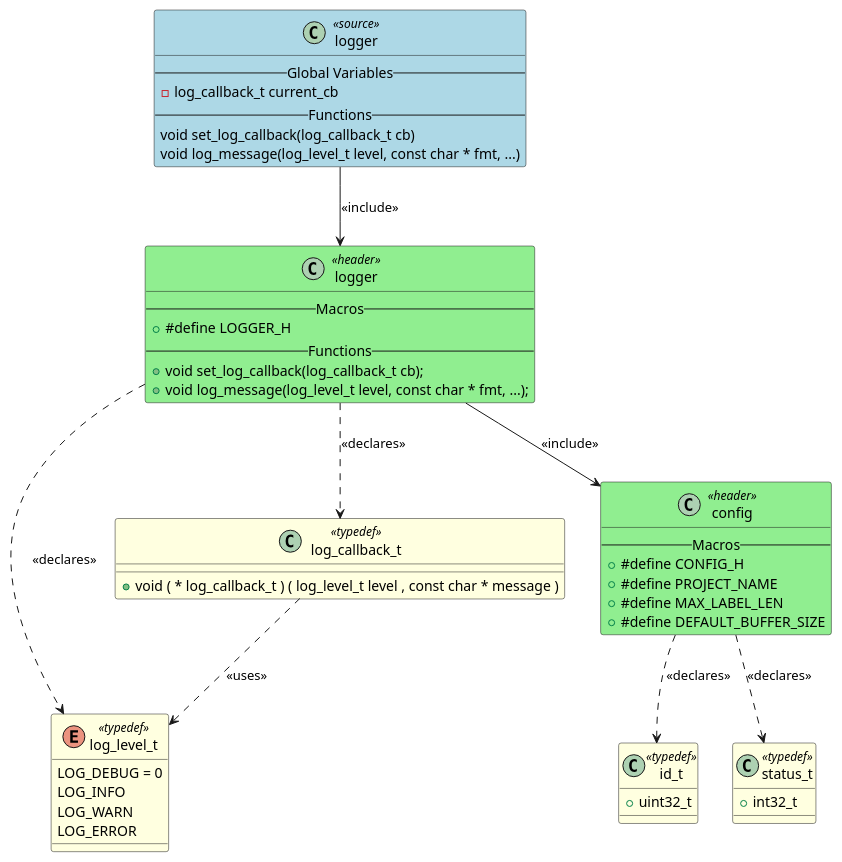
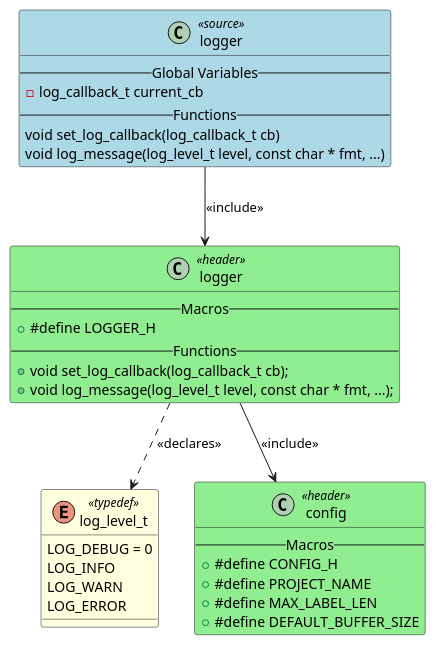
The diagram in output/logger.puml (fischerjooo/c2puml), drawn with PlantUML before and after one commit. The commit also changed 9 other files, not shown here.

```diff
--- a/output/logger.puml
+++ b/output/logger.puml
@@ -1,59 +1,40 @@
 @startuml logger
 
 class "logger" as LOGGER <<source>> #LightBlue
 {
 -- Global Variables --
 - log_callback_t current_cb
 -- Functions --
 void set_log_callback(log_callback_t cb)
 void log_message(log_level_t level, const char * fmt, ...)
 }
 
 enum "log_level_t" as TYPEDEF_LOG_LEVEL_T <<typedef>> #LightYellow
 {
 LOG_DEBUG = 0
 LOG_INFO
 LOG_WARN
 LOG_ERROR
-}
-
-class "log_callback_t" as TYPEDEF_LOG_CALLBACK_T <<typedef>> #LightYellow
-{
-+ void ( * log_callback_t ) ( log_level_t level , const char * message )
-}
-
-class "id_t" as TYPEDEF_ID_T <<typedef>> #LightYellow
-{
-+ uint32_t
-}
-
-class "status_t" as TYPEDEF_STATUS_T <<typedef>> #LightYellow
-{
-+ int32_t
 }
 
 class "logger" as HEADER_LOGGER <<header>> #LightGreen
 {
 -- Macros --
 + #define LOGGER_H
 -- Functions --
 + void set_log_callback(log_callback_t cb);
 + void log_message(log_level_t level, const char * fmt, ...);
 }
 class "config" as HEADER_CONFIG <<header>> #LightGreen
 {
 -- Macros --
 + #define CONFIG_H
 + #define PROJECT_NAME
 + #define MAX_LABEL_LEN
 + #define DEFAULT_BUFFER_SIZE
 }
 LOGGER --> HEADER_LOGGER : <<include>>
 HEADER_LOGGER --> HEADER_CONFIG : <<include>>
 HEADER_LOGGER ..> TYPEDEF_LOG_LEVEL_T : <<declares>>
-TYPEDEF_LOG_CALLBACK_T ..> TYPEDEF_LOG_LEVEL_T : <<uses>>
-HEADER_LOGGER ..> TYPEDEF_LOG_CALLBACK_T : <<declares>>
-HEADER_CONFIG ..> TYPEDEF_ID_T : <<declares>>
-HEADER_CONFIG ..> TYPEDEF_STATUS_T : <<declares>>
 
 @enduml
```
